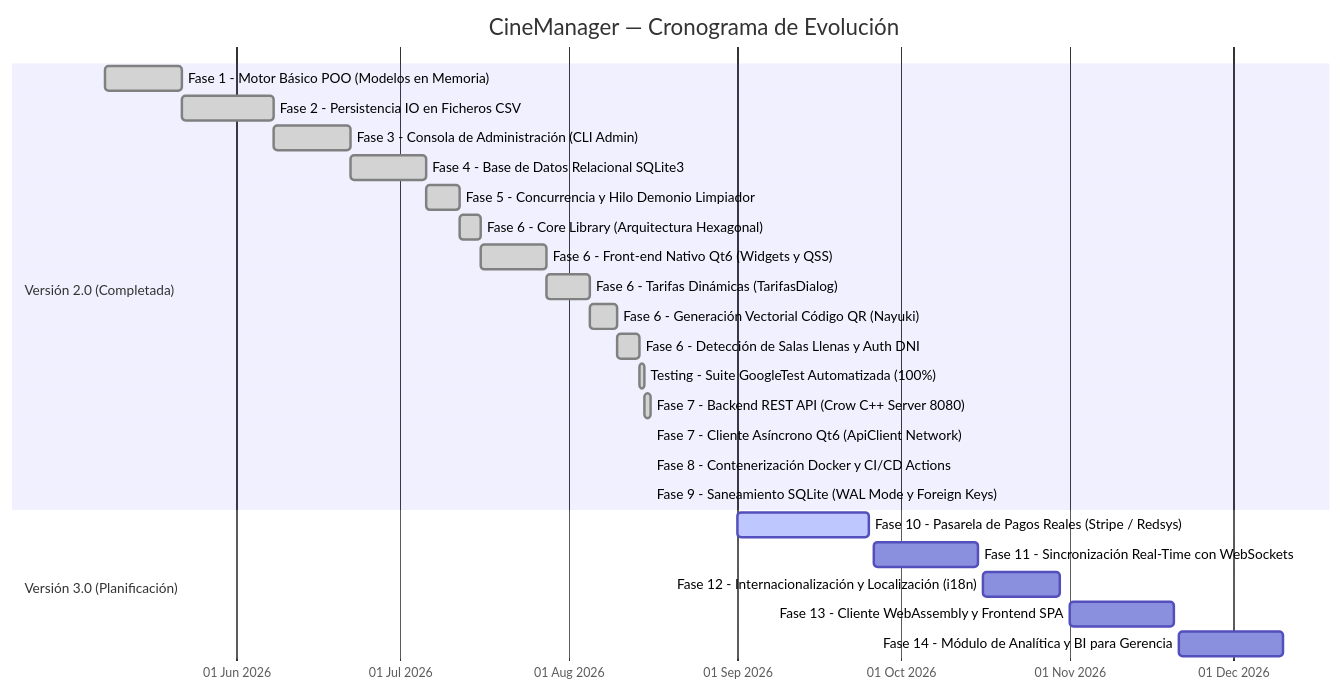
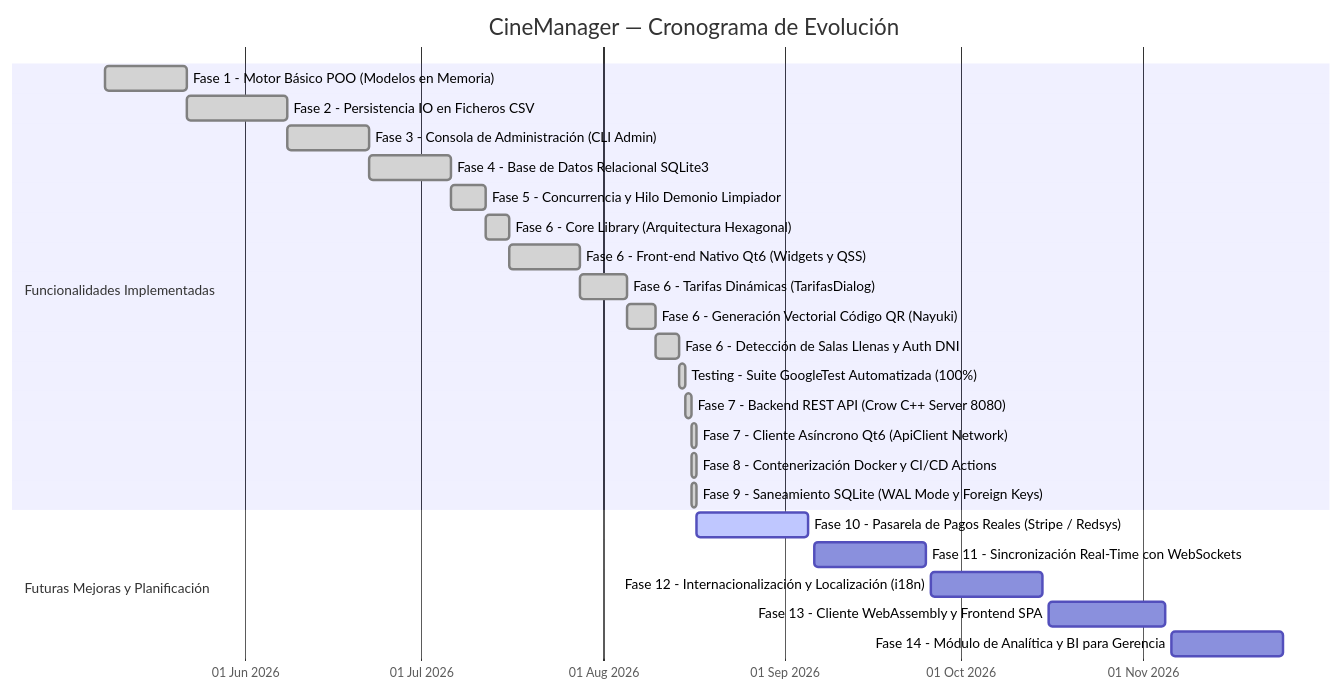
One commit to jorgebd21/CineManager changed the diagram in docs/roadmap.md. Above: the diagram before and after it, drawn with Mermaid. The commit also changed other lines of this file and 2 other files, not shown here.

Commit message:
docs: remove hardcoded version numbers from technical documentation
- Update dev_documentation.md, openapi.yaml, and roadmap.md to remove static references to specific versions.
- Make the documentation more timeless and maintainable for future continuous delivery iterations.
- Adjust the roadmap Gantt chart timeline to seamlessly bridge completed milestones with upcoming evolution phases.

````diff
--- a/docs/roadmap.md
+++ b/docs/roadmap.md
@@ -10,30 +10,30 @@
 ```mermaid
 gantt
     title CineManager — Cronograma de Evolución
     dateFormat  YYYY-MM-DD
     axisFormat  %d %b %Y
 
-    section Versión 2.0 (Completada)
+    section Funcionalidades Implementadas
     Fase 1 - Motor Básico POO (Modelos en Memoria)        :done, f1, 2026-05-08, 2026-05-22
     Fase 2 - Persistencia IO en Ficheros CSV              :done, f2, 2026-05-22, 2026-06-08
     Fase 3 - Consola de Administración (CLI Admin)        :done, f3, 2026-06-08, 2026-06-22
     Fase 4 - Base de Datos Relacional SQLite3             :done, f4, 2026-06-22, 2026-07-06
     Fase 5 - Concurrencia y Hilo Demonio Limpiador        :done, f5, 2026-07-06, 2026-07-12
     Fase 6 - Core Library (Arquitectura Hexagonal)        :done, f6, 2026-07-12, 2026-07-16
     Fase 6 - Front-end Nativo Qt6 (Widgets y QSS)         :done, f6a, 2026-07-16, 2026-07-28
     Fase 6 - Tarifas Dinámicas (TarifasDialog)            :done, f6b, 2026-07-28, 2026-08-05
     Fase 6 - Generación Vectorial Código QR (Nayuki)      :done, f6c, 2026-08-05, 2026-08-10
     Fase 6 - Detección de Salas Llenas y Auth DNI         :done, f6d, 2026-08-10, 2026-08-14
     Testing - Suite GoogleTest Automatizada (100%)        :done, f_test, 2026-08-14, 2026-08-15
     Fase 7 - Backend REST API (Crow C++ Server 8080)      :done, f7a, 2026-08-15, 2026-08-16
-    Fase 7 - Cliente Asíncrono Qt6 (ApiClient Network)    :done, f7b, 2026-08-16, 2026-08-16
-    Fase 8 - Contenerización Docker y CI/CD Actions       :done, f8, 2026-08-16, 2026-08-16
-    Fase 9 - Saneamiento SQLite (WAL Mode y Foreign Keys) :done, f9, 2026-08-16, 2026-08-16
+    Fase 7 - Cliente Asíncrono Qt6 (ApiClient Network)    :done, f7b, 2026-08-16, 2026-08-17
+    Fase 8 - Contenerización Docker y CI/CD Actions       :done, f8, 2026-08-16, 2026-08-17
+    Fase 9 - Saneamiento SQLite (WAL Mode y Foreign Keys) :done, f9, 2026-08-16, 2026-08-17
 
-    section Versión 3.0 (Planificación)
-    Fase 10 - Pasarela de Pagos Reales (Stripe / Redsys)  :active, f10, 2026-09-01, 2026-09-25
-    Fase 11 - Sincronización Real-Time con WebSockets     :2026-09-26, 2026-10-15
-    Fase 12 - Internacionalización y Localización (i18n)  :2026-10-16, 2026-10-30
-    Fase 13 - Cliente WebAssembly y Frontend SPA          :2026-11-01, 2026-11-20
-    Fase 14 - Módulo de Analítica y BI para Gerencia      :2026-11-21, 2026-12-10
+    section Futuras Mejoras y Planificación
+    Fase 10 - Pasarela de Pagos Reales (Stripe / Redsys)  :active, f10, 2026-08-17, 2026-09-05
+    Fase 11 - Sincronización Real-Time con WebSockets     :2026-09-06, 2026-09-25
+    Fase 12 - Internacionalización y Localización (i18n)  :2026-09-26, 2026-10-15
+    Fase 13 - Cliente WebAssembly y Frontend SPA          :2026-10-16, 2026-11-05
+    Fase 14 - Módulo de Analítica y BI para Gerencia      :2026-11-06, 2026-11-25
 ```
````
